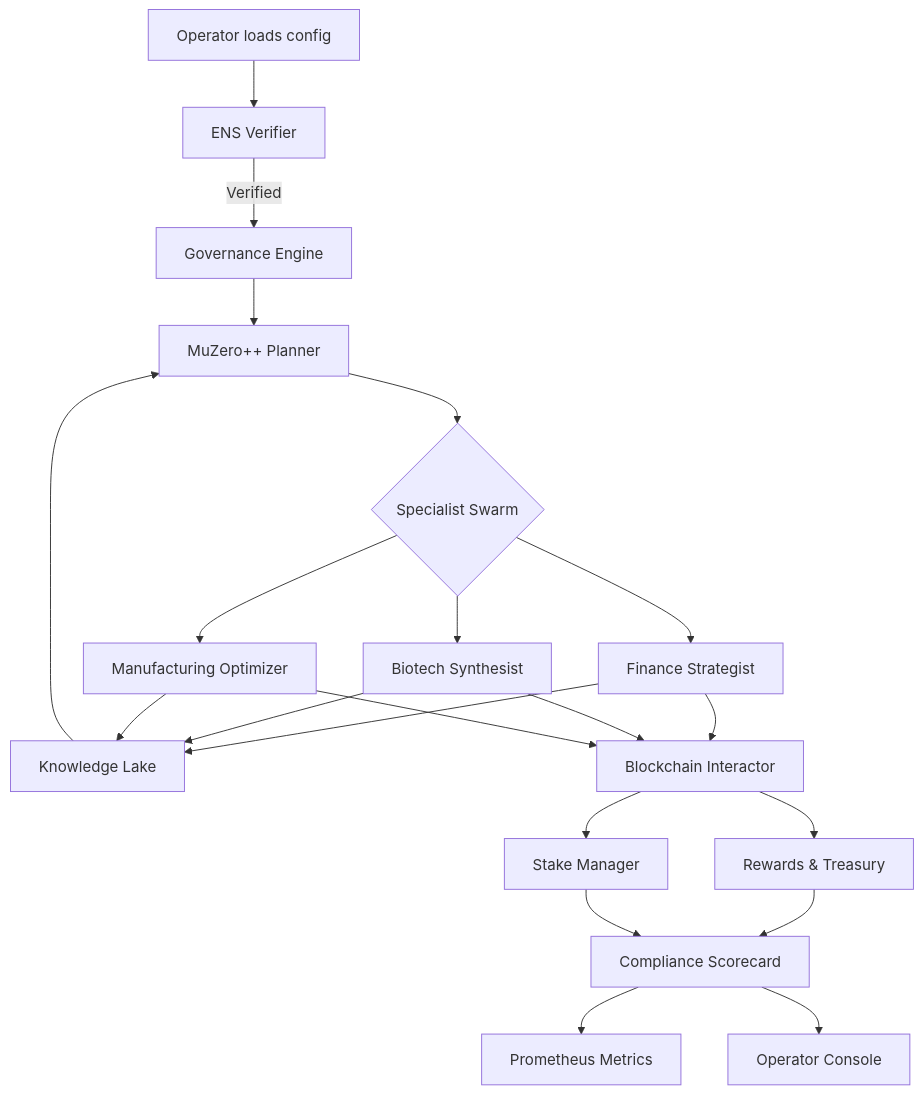
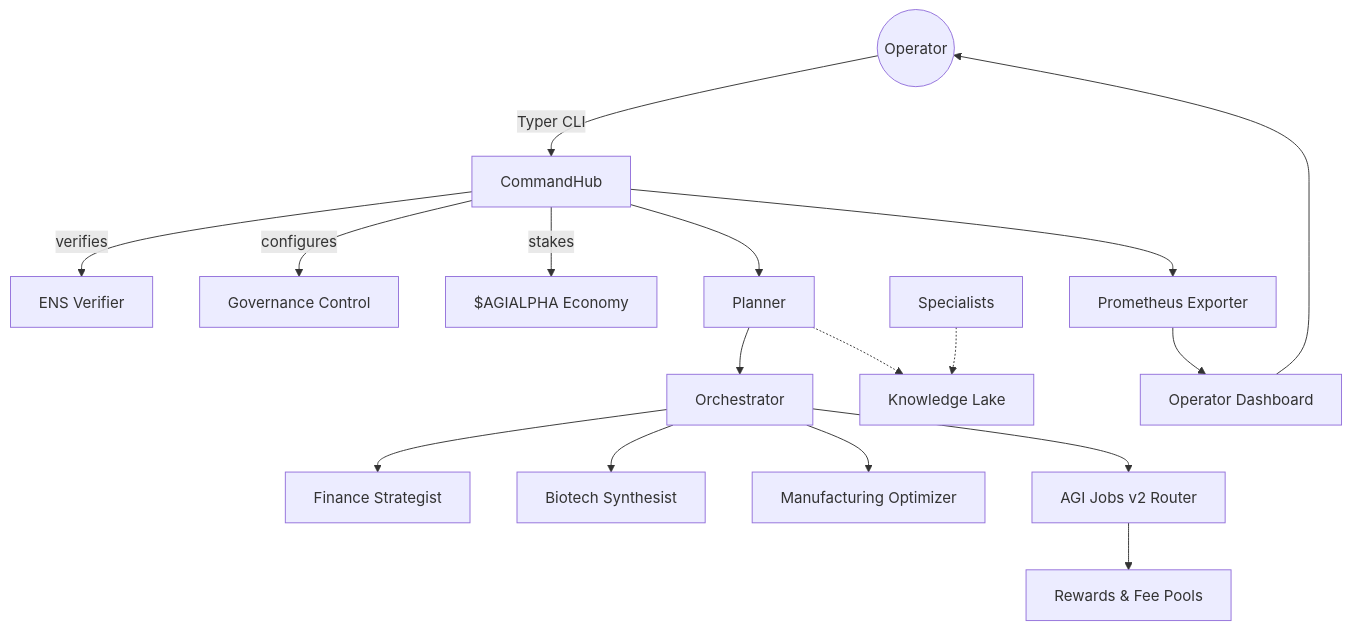
Before and after one commit to MontrealAI/AGIJobsv0: the diagram in demo/AGI-Alpha-Node-v0/README.md, drawn with Mermaid. The commit also changed other lines of this file and 33 other files, not shown here.

````diff
--- a/demo/AGI-Alpha-Node-v0/README.md
+++ b/demo/AGI-Alpha-Node-v0/README.md
@@ -14,18 +25,19 @@
 ```mermaid
-flowchart TD
-    A[Operator loads config] --> B[ENS Verifier]
-    B -->|Verified| C[Governance Engine]
-    C --> D[MuZero++ Planner]
-    D --> E{Specialist Swarm}
-    E --> F[Finance Strategist]
-    E --> G[Biotech Synthesist]
-    E --> H[Manufacturing Optimizer]
-    F & G & H --> I[Knowledge Lake]
-    I --> D
-    F & G & H --> J[Blockchain Interactor]
-    J --> K[Rewards & Treasury]
-    J --> L[Stake Manager]
-    K & L --> M[Compliance Scorecard]
-    M --> N[Prometheus Metrics]
-    M --> O[Operator Console]
+graph TD
+    Operator((Operator)) -->|Typer CLI| CommandHub
+    CommandHub -->|verifies| ENS[ENS Verifier]
+    CommandHub -->|configures| Governance[Governance Control]
+    CommandHub -->|stakes| Economy[$AGIALPHA Economy]
+    CommandHub --> Planner
+    Planner --> Orchestrator
+    Orchestrator --> Finance[Finance Strategist]
+    Orchestrator --> Biotech[Biotech Synthesist]
+    Orchestrator --> Manufacturing[Manufacturing Optimizer]
+    Specialists -.-> Knowledge[Knowledge Lake]
+    Planner -.-> Knowledge
+    Orchestrator --> JobRouter[AGI Jobs v2 Router]
+    JobRouter --> Rewards[Rewards & Fee Pools]
+    CommandHub --> Metrics[Prometheus Exporter]
+    Metrics --> Dashboard[Operator Dashboard]
+    Dashboard --> Operator
 ```
````
